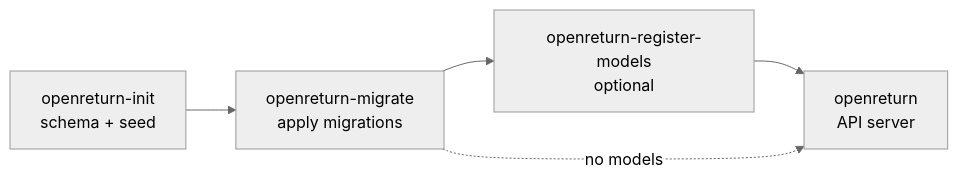
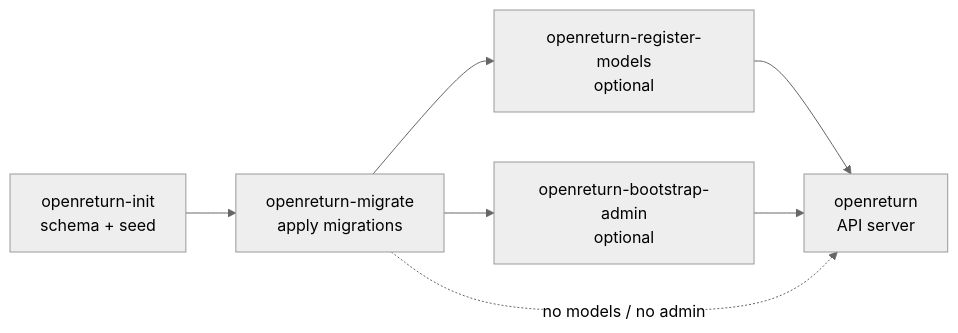
The diagram in docs/nixos.md (CalamooseLabs/OpenReturn), drawn with Mermaid (neutral theme) before and after one commit. The commit also changed other lines of this file and 120 other files, not shown here.

````diff
--- a/docs/nixos.md
+++ b/docs/nixos.md
@@ -179,7 +205,9 @@
 ```mermaid
 graph LR
   init[openreturn-init<br/>schema + seed] --> migrate[openreturn-migrate<br/>apply migrations]
   migrate --> models[openreturn-register-models<br/>optional]
+  migrate --> admin[openreturn-bootstrap-admin<br/>optional]
   models --> server[openreturn<br/>API server]
-  migrate -.->|no models| server
+  admin --> server
+  migrate -.->|no models / no admin| server
 ```
````
